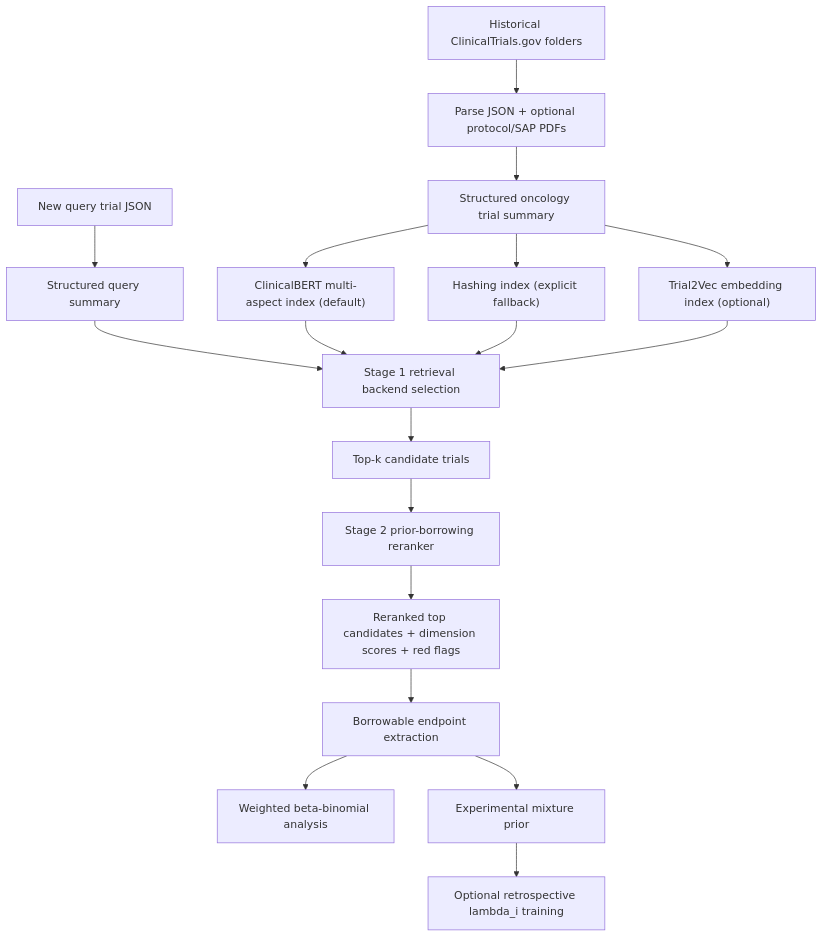
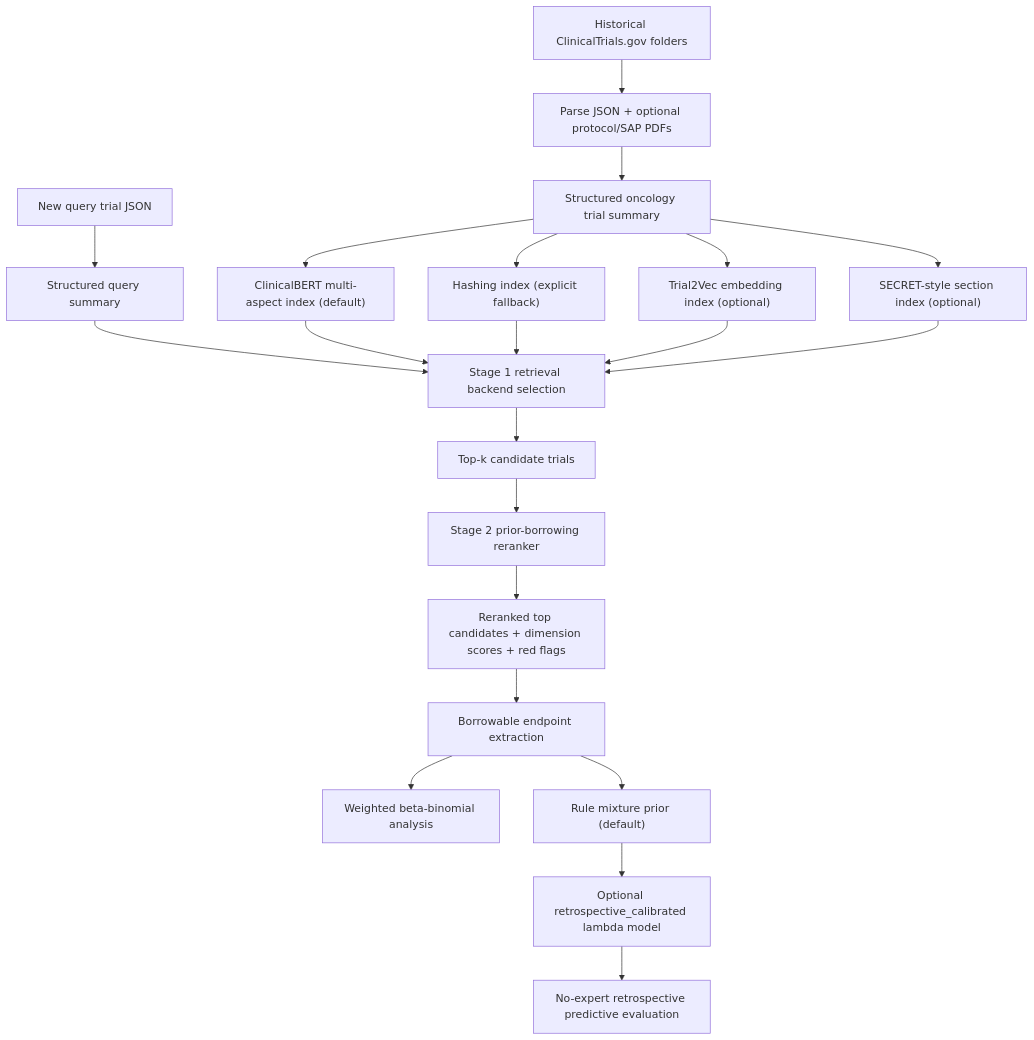
One commit to runshu-W/oncology-trial-similarity changed the diagram in docs/trial2vec_secret_mixture_prior_update_report_2026-06-03.md. Above: the diagram before and after it, drawn with Mermaid. The commit also changed other lines of this file and 9 other files, not shown here.

Commit message:
Enforce leakage-safe retrospective evaluation

````diff
--- a/docs/trial2vec_secret_mixture_prior_update_report_2026-06-03.md
+++ b/docs/trial2vec_secret_mixture_prior_update_report_2026-06-03.md
@@ -57,22 +67,25 @@
 ```mermaid
 flowchart TD
     A["Historical ClinicalTrials.gov folders"] --> B["Parse JSON + optional protocol/SAP PDFs"]
     B --> C["Structured oncology trial summary"]
     C --> D1["ClinicalBERT multi-aspect index (default)"]
     C --> D2["Hashing index (explicit fallback)"]
     C --> D3["Trial2Vec embedding index (optional)"]
+    C --> D4["SECRET-style section index (optional)"]
 
     Q["New query trial JSON"] --> Q1["Structured query summary"]
     Q1 --> R["Stage 1 retrieval backend selection"]
     D1 --> R
     D2 --> R
     D3 --> R
+    D4 --> R
 
     R --> S["Top-k candidate trials"]
     S --> T["Stage 2 prior-borrowing reranker"]
     T --> U["Reranked top candidates + dimension scores + red flags"]
     U --> V["Borrowable endpoint extraction"]
     V --> W1["Weighted beta-binomial analysis"]
-    V --> W2["Experimental mixture prior"]
-    W2 --> X["Optional retrospective lambda_i training"]
+    V --> W2["Rule mixture prior (default)"]
+    W2 --> W3["Optional retrospective_calibrated lambda model"]
+    W3 --> X["No-expert retrospective predictive evaluation"]
 ```
````
